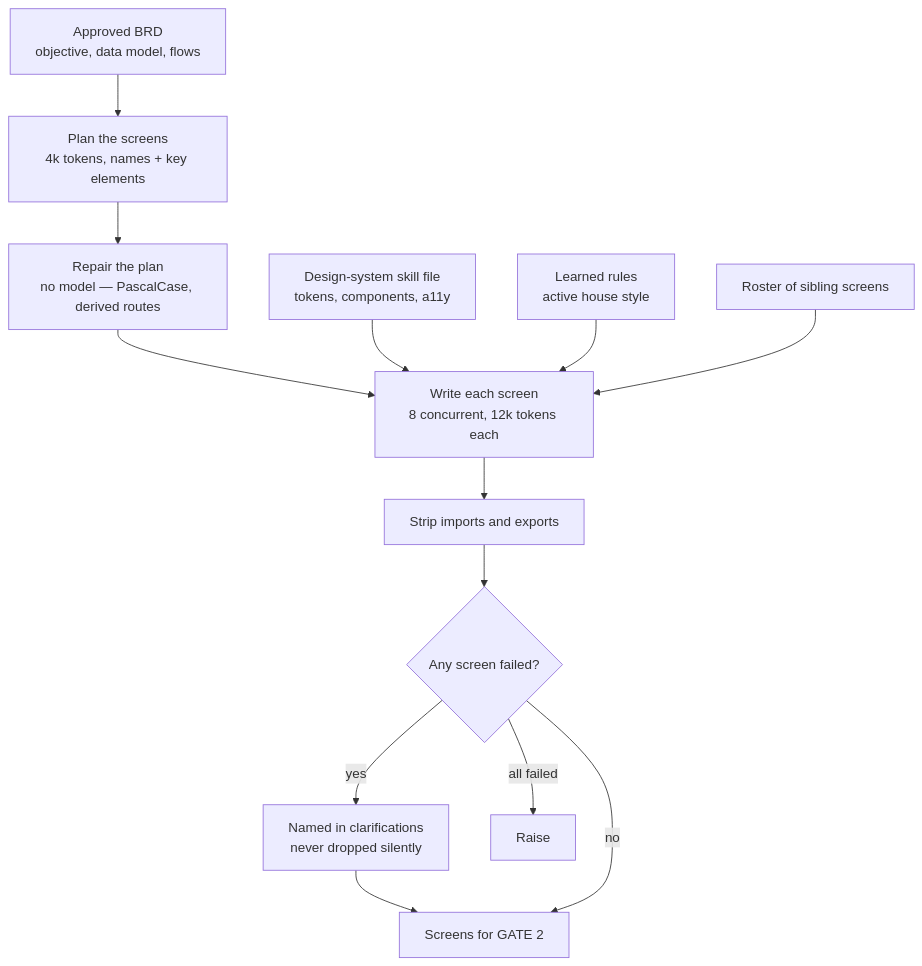
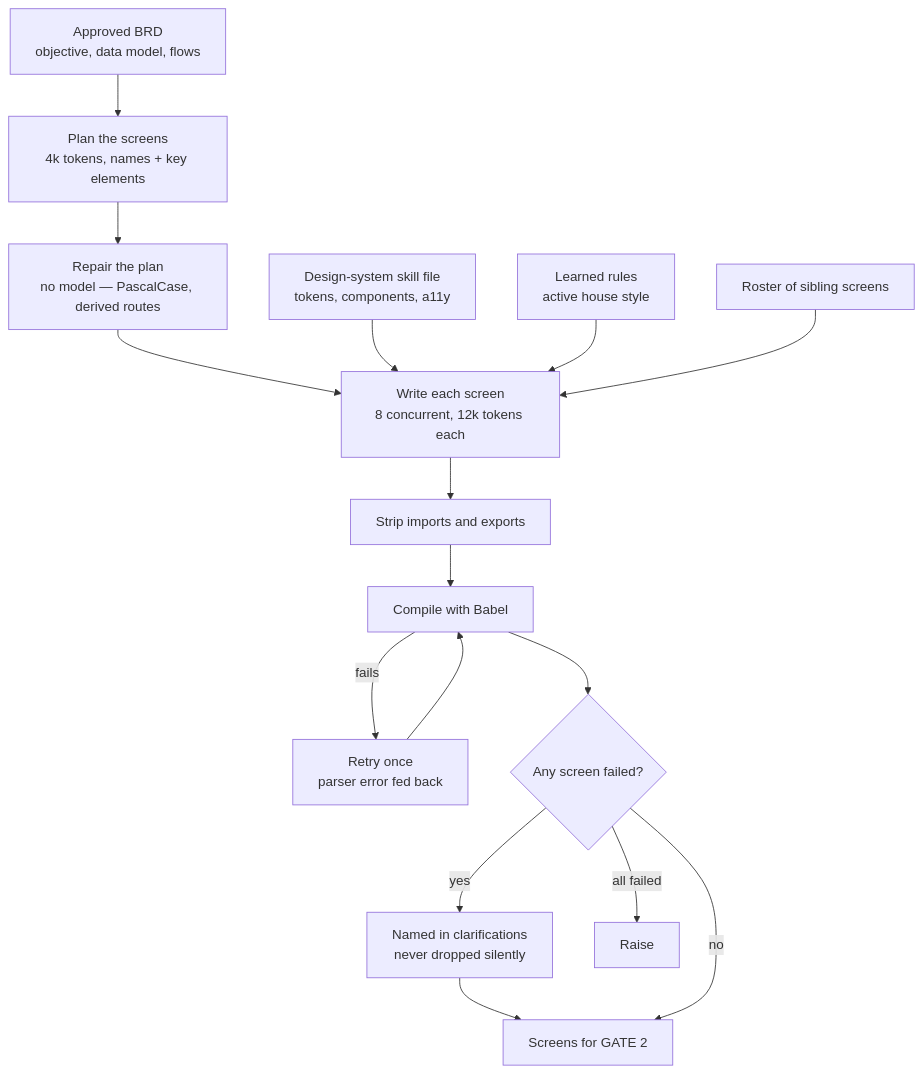
The fourth of 6 diagrams in docs/agents.md (ronit-j-sdms1030/ai-factory), drawn with Mermaid before and after one commit. The commit also changed other lines of this file and 5 other files, not shown here.

````diff
--- a/docs/agents.md
+++ b/docs/agents.md
@@ -121,15 +121,18 @@
 ```mermaid
 flowchart TD
     A[Approved BRD<br/>objective, data model, flows] --> B[Plan the screens<br/>4k tokens, names + key elements]
     B --> C[Repair the plan<br/>no model — PascalCase, derived routes]
     C --> D[Write each screen<br/>8 concurrent, 12k tokens each]
     S[Design-system skill file<br/>tokens, components, a11y] --> D
     L[Learned rules<br/>active house style] --> D
     R[Roster of sibling screens] --> D
     D --> E[Strip imports and exports]
-    E --> F{Any screen failed?}
+    E --> C2[Compile with Babel]
+    C2 -->|fails| RT[Retry once<br/>parser error fed back]
+    RT --> C2
+    C2 --> F{Any screen failed?}
     F -->|yes| G[Named in clarifications<br/>never dropped silently]
     F -->|all failed| X[Raise]
     G --> H[Screens for GATE 2]
     F -->|no| H
 ```
````
